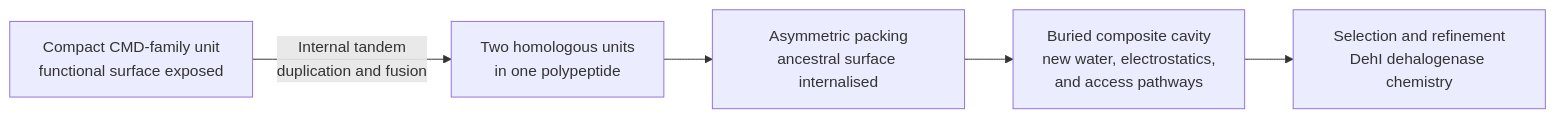
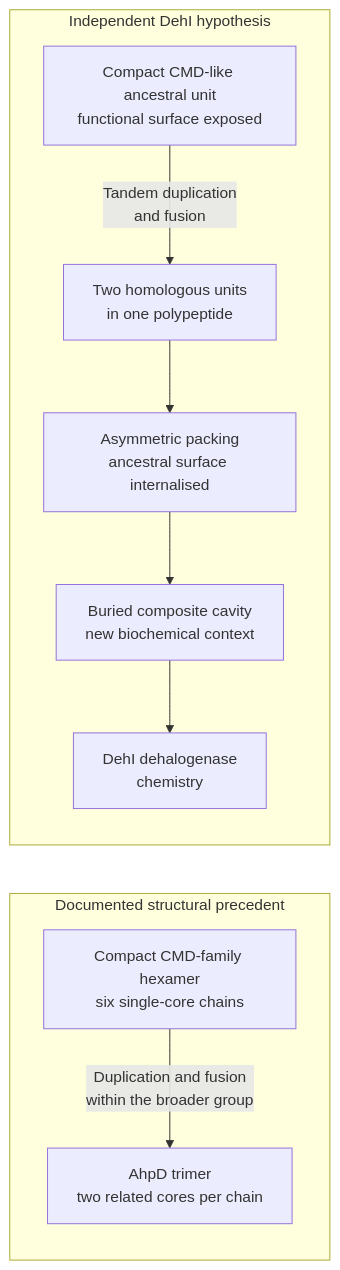
Before and after one commit to jwschmidberger/small_projects: the first of 2 diagrams in projects/dehi/report.qmd, drawn with Mermaid. The commit also changed other lines of this file and 22 other files, not shown here.

Commit message:
added context for cmd oligomerisation and images of each

````diff
--- a/projects/dehi/report.qmd
+++ b/projects/dehi/report.qmd
@@ -166,7 +211,12 @@
 ```{mermaid}
 flowchart LR
-    A[Compact CMD-family unit<br>functional surface exposed] -->|Internal tandem<br>duplication and fusion| B[Two homologous units<br>in one polypeptide]
-    B --> C[Asymmetric packing<br>ancestral surface internalised]
-    C --> D[Buried composite cavity<br>new water, electrostatics,<br>and access pathways]
-    D --> E[Selection and refinement<br>DehI dehalogenase chemistry]
+    subgraph P[Documented structural precedent]
+      A[Compact CMD-family hexamer<br>six single-core chains] -->|Duplication and fusion<br>within the broader group| B[AhpD trimer<br>two related cores per chain]
+    end
+    subgraph H[Independent DehI hypothesis]
+      C[Compact CMD-like ancestral unit<br>functional surface exposed] -->|Tandem duplication<br>and fusion| D[Two homologous units<br>in one polypeptide]
+      D --> E[Asymmetric packing<br>ancestral surface internalised]
+      E --> F[Buried composite cavity<br>new biochemical context]
+      F --> G[DehI dehalogenase<br>chemistry]
+    end
 ```
````
